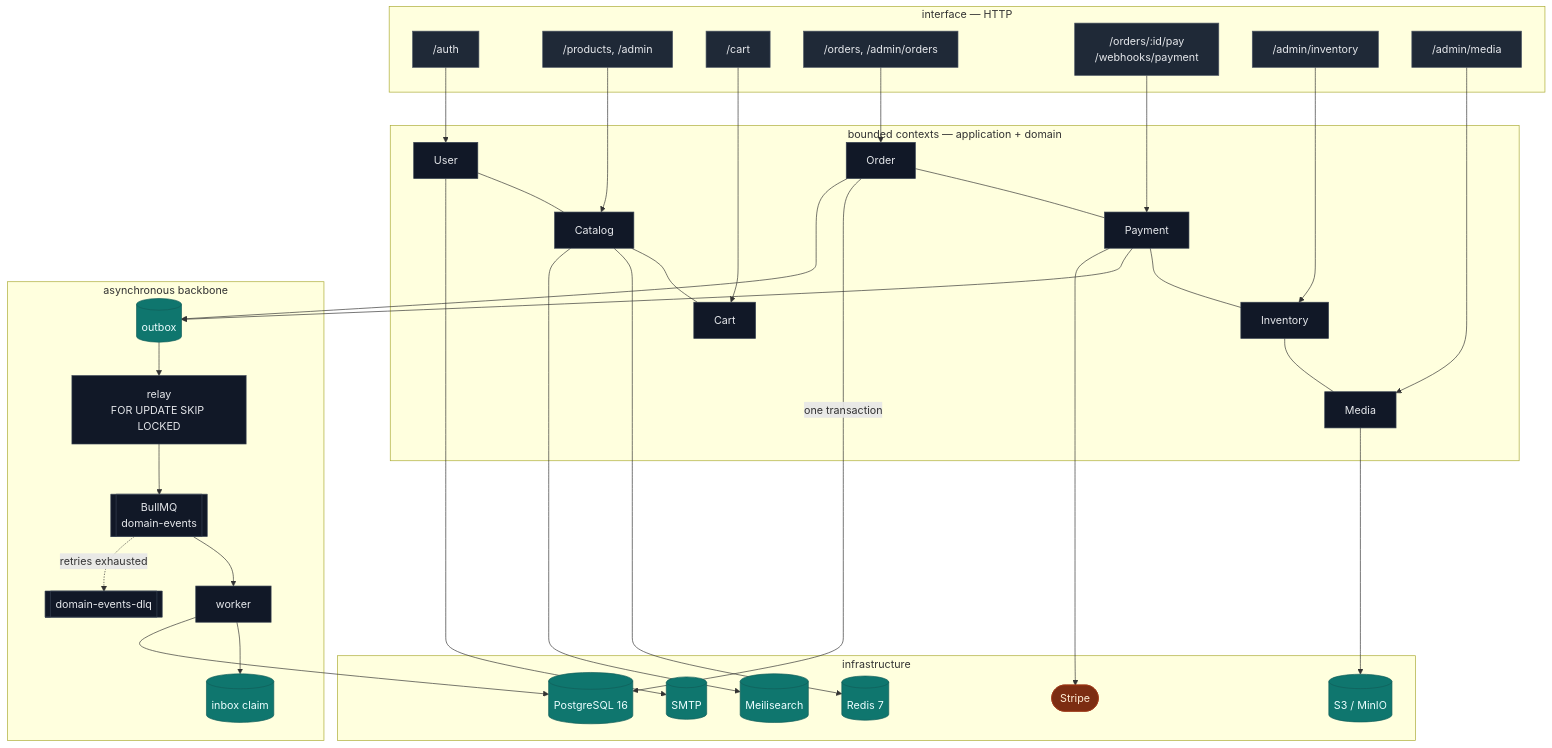
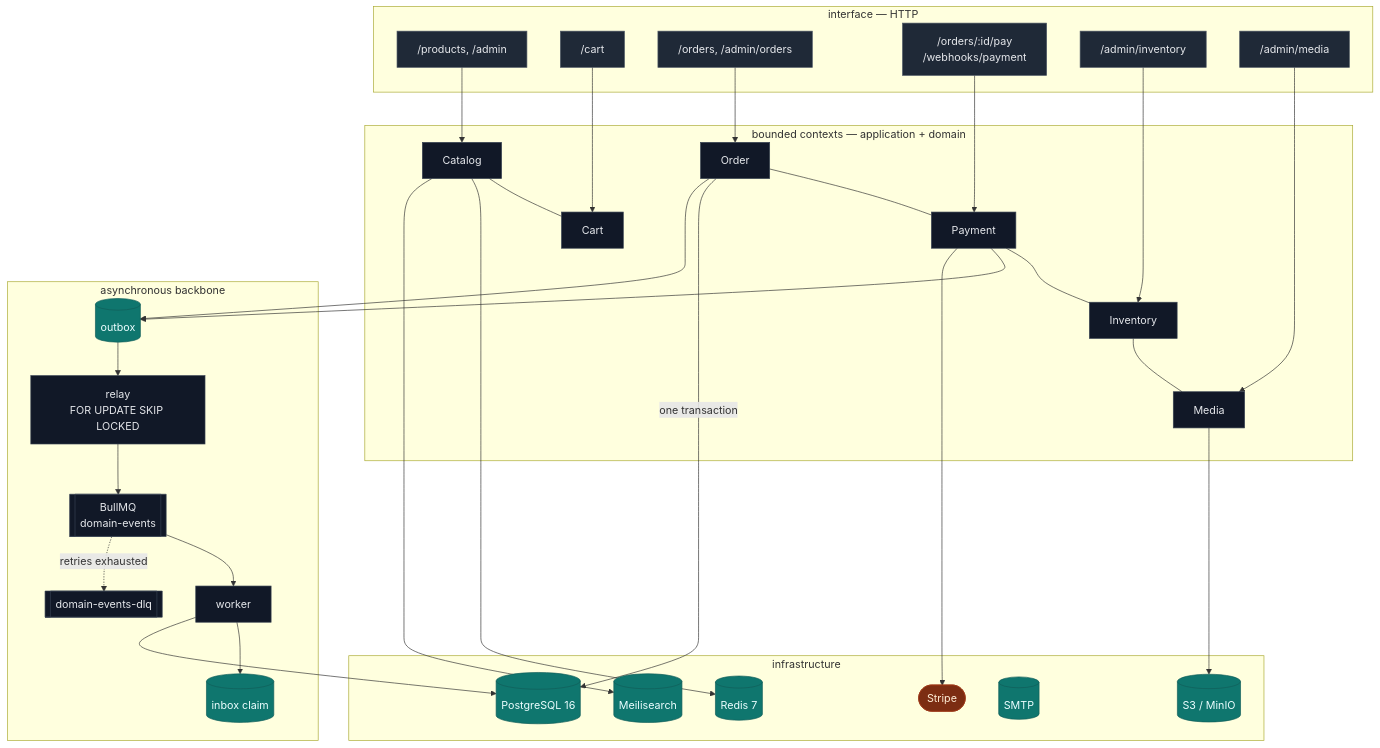
One commit to jCool10/jcool-ecommerce-backend changed the diagram in README.md. Above: the diagram before and after it, drawn with Mermaid. The commit also changed other lines of this file and 1357 other files, not shown here.

````diff
--- a/README.md
+++ b/README.md
@@ -57,56 +57,53 @@
 ```mermaid
 flowchart TB
     subgraph edge["interface — HTTP"]
-        AUTH["/auth"]:::ctx
         CAT["/products, /admin"]:::ctx
         CART["/cart"]:::ctx
         ORD["/orders, /admin/orders"]:::ctx
         PAY["/orders/:id/pay<br/>/webhooks/payment"]:::ctx
         INV["/admin/inventory"]:::ctx
         MED["/admin/media"]:::ctx
     end
 
     subgraph core["bounded contexts — application + domain"]
-        U[User]:::box --- C[Catalog]:::box --- K[Cart]:::box
+        C[Catalog]:::box --- K[Cart]:::box
         O[Order]:::box --- P[Payment]:::box --- I[Inventory]:::box --- M[Media]:::box
     end
 
     subgraph async["asynchronous backbone"]
         OB[(outbox)]:::db --> RLY[relay<br/>FOR UPDATE SKIP LOCKED]:::box
         RLY --> Q[[BullMQ<br/>domain-events]]:::box
         Q --> W[worker]:::box --> IB[(inbox claim)]:::db
         Q -.retries exhausted.-> DLQ[[domain-events-dlq]]:::box
     end
 
     subgraph infra["infrastructure"]
         PG[(PostgreSQL 16)]:::db
         RD[(Redis 7)]:::db
         S3[(S3 / MinIO)]:::db
         MS[(Meilisearch)]:::db
         SMTP[(SMTP)]:::db
         STRIPE([Stripe]):::ext
     end
 
-    AUTH --> U
     CAT --> C
     CART --> K
     ORD --> O
     PAY --> P
     INV --> I
     MED --> M
 
     O -->|one transaction| PG
     O --> OB
     P --> OB
     P --> STRIPE
     C --> RD
     C --> MS
     M --> S3
-    U --> SMTP
     W --> PG
 
     classDef ctx fill:#1f2937,stroke:#4b5563,color:#e5e7eb
     classDef box fill:#111827,stroke:#374151,color:#e5e7eb
     classDef db fill:#0f766e,stroke:#115e59,color:#ecfeff
     classDef ext fill:#7c2d12,stroke:#9a3412,color:#ffedd5
 ```
````
